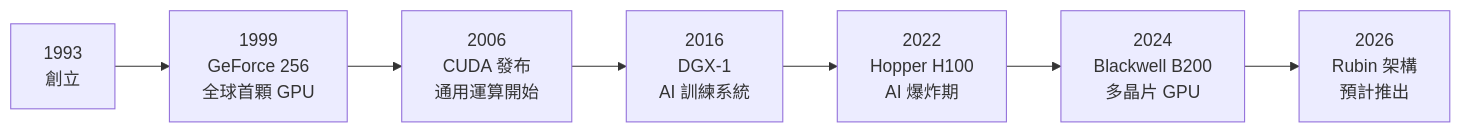
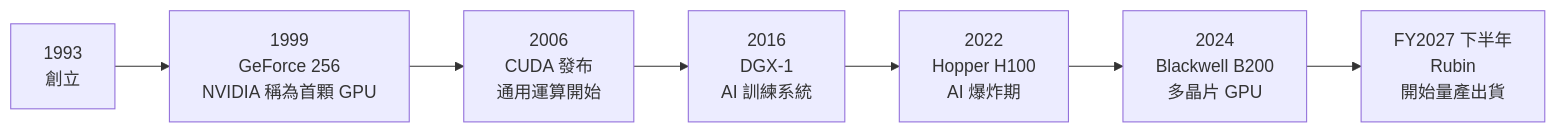
One commit to wizardhsiehcom/book changed the second of 2 diagrams in docs/nvidia/overview.md. Above: the diagram before and after it, drawn with Mermaid. The commit also changed other lines of this file and 5 other files, not shown here.

````diff
--- a/docs/nvidia/overview.md
+++ b/docs/nvidia/overview.md
@@ -40,9 +40,9 @@
 ```mermaid
 flowchart LR
-    A["1993<br/>創立"] --> B["1999<br/>GeForce 256<br/>全球首顆 GPU"]
+    A["1993<br/>創立"] --> B["1999<br/>GeForce 256<br/>NVIDIA 稱為首顆 GPU"]
     B --> C["2006<br/>CUDA 發布<br/>通用運算開始"]
     C --> D["2016<br/>DGX-1<br/>AI 訓練系統"]
     D --> E["2022<br/>Hopper H100<br/>AI 爆炸期"]
     E --> F["2024<br/>Blackwell B200<br/>多晶片 GPU"]
-    F --> G["2026<br/>Rubin 架構<br/>預計推出"]
+    F --> G["FY2027 下半年<br/>Rubin<br/>開始量產出貨"]
 ```
````
